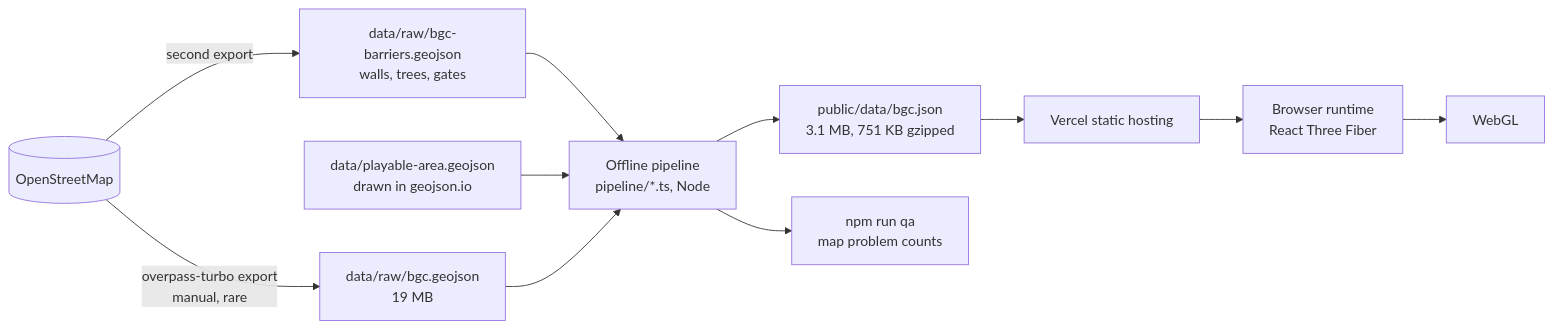
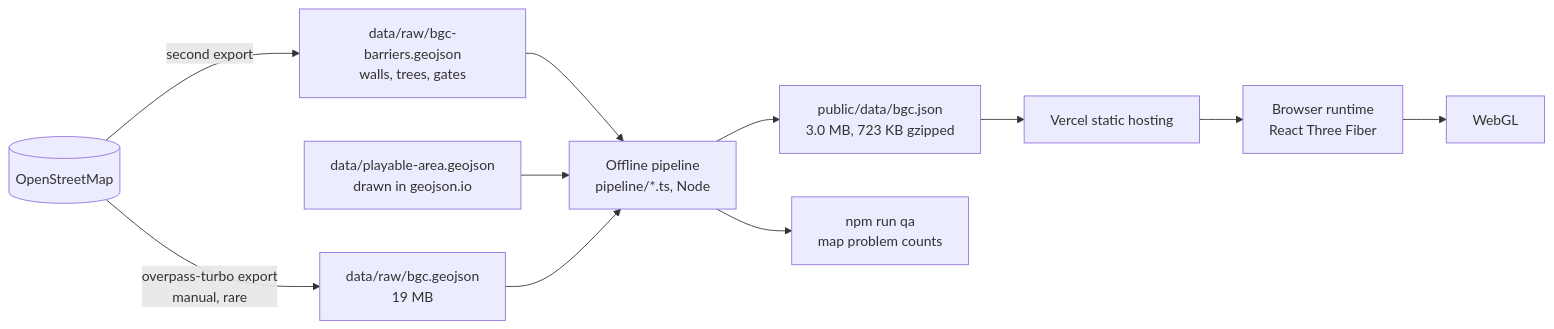
Before and after one commit to ajs0905/drive-thru-mnl: the first of 5 diagrams in docs/ARCHITECTURE.md, drawn with Mermaid. The commit also changed other lines of this file and 61 other files, not shown here.

````diff
--- a/docs/ARCHITECTURE.md
+++ b/docs/ARCHITECTURE.md
@@ -37,13 +37,13 @@
 ```mermaid
 flowchart LR
   OSM[(OpenStreetMap)] -->|overpass-turbo export<br/>manual, rare| RAW[data/raw/bgc.geojson<br/>19 MB]
   OSM -->|second export| RAW2[data/raw/bgc-barriers.geojson<br/>walls, trees, gates]
   RAW2 --> PIPE
   PA[data/playable-area.geojson<br/>drawn in geojson.io] --> PIPE
   RAW --> PIPE[Offline pipeline<br/>pipeline/*.ts, Node]
-  PIPE --> OUT[public/data/bgc.json<br/>3.1 MB, 751 KB gzipped]
+  PIPE --> OUT[public/data/bgc.json<br/>3.0 MB, 723 KB gzipped]
   PIPE --> QA[npm run qa<br/>map problem counts]
   OUT --> CDN[Vercel static hosting]
   CDN --> RT[Browser runtime<br/>React Three Fiber]
   RT --> GPU[WebGL]
 ```
````
